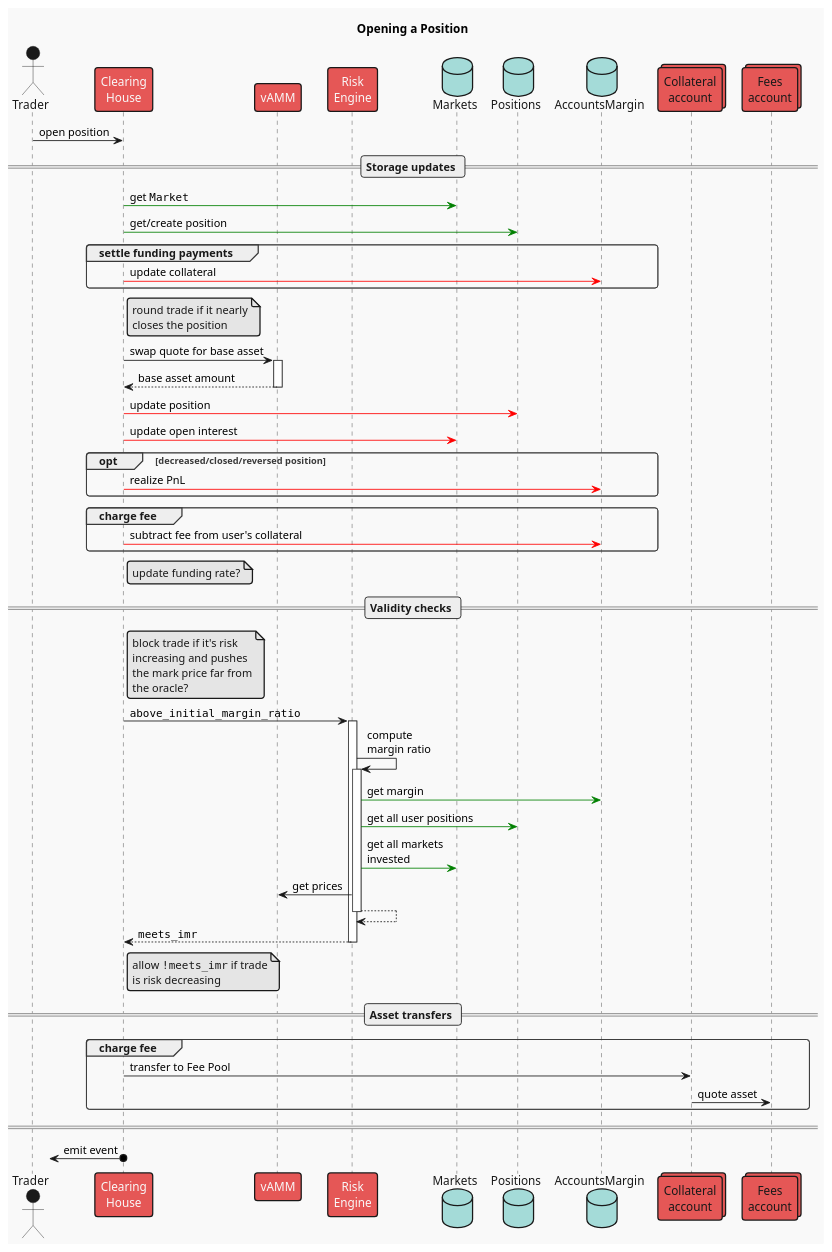
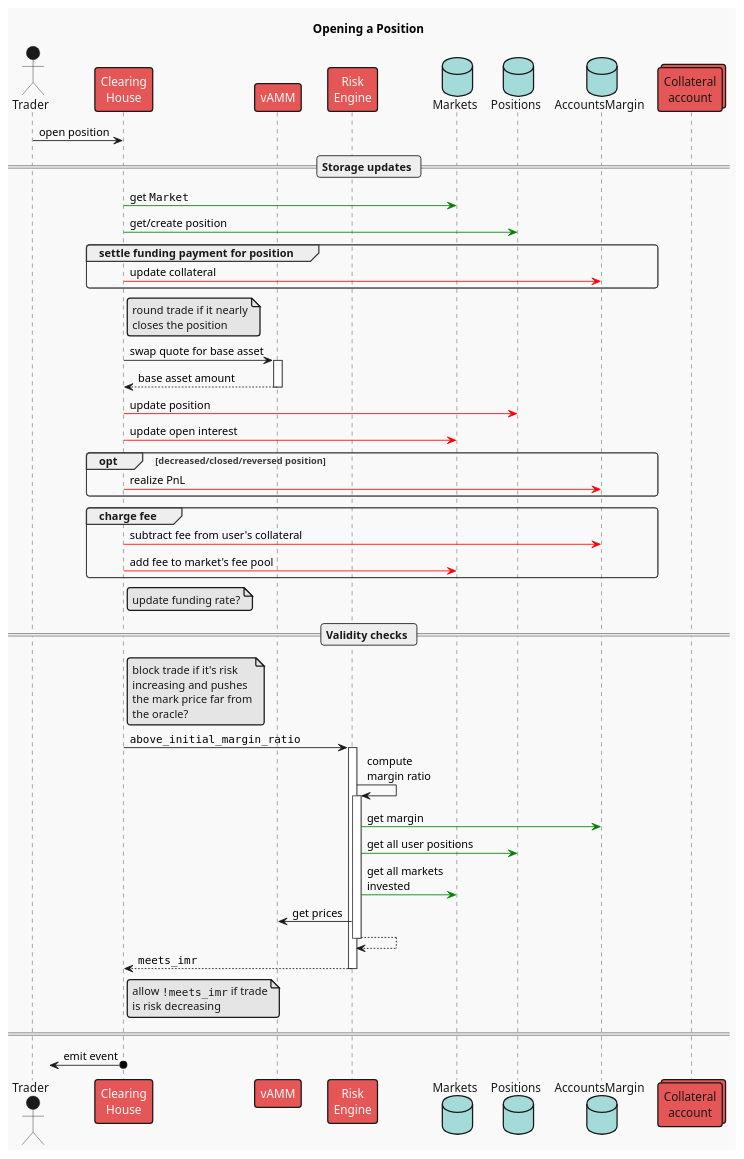
The diagram in frame/clearing-house/diagrams/open-position.plantuml (ComposableFi/composable), drawn with PlantUML before and after one commit.

Commit message:
docs(CH): update open_position seq diagram

```diff
--- a/frame/clearing-house/diagrams/open-position.plantuml
+++ b/frame/clearing-house/diagrams/open-position.plantuml
@@ -1,85 +1,78 @@
 @startuml open_position
 !theme mars
 skinparam responseMessageBelowArrow true
 
 title Opening a Position
 
 actor "Trader" as user
 participant "Clearing\nHouse" as ch
 participant "vAMM" as vamm
 participant "Risk\nEngine" as risk
 database "Markets" as mkts
 database "Positions" as positions
 database "AccountsMargin" as accs
 collections "Collateral\naccount" as vault
-collections "Fees\naccount" as fees
 
 user -> ch : open position
 
 == Storage updates ==
 
 ch -[#green]> mkts : get ""Market""
 ch -[#green]> positions : get/create position
 
-group settle funding payments
+group settle funding payment for position
 ch -[#red]> accs : update collateral
 end
 
 note right ch
 round trade if it nearly
 closes the position
 end note
 ch -> vamm ++ : swap quote for base asset
 return base asset amount
 
 ch -[#red]> positions : update position
 ch -[#red]> mkts : update open interest
 
 
 opt decreased/closed/reversed position
 ch -[#red]> accs : realize PnL
 end
 
 group charge fee
 ch -[#red]> accs : subtract fee from user's collateral
+ch -[#red]> mkts : add fee to market's fee pool
 end
 
 note right ch
 update funding rate?
 end note
 
 == Validity checks ==
 
 note right ch
 block trade if it's risk
 increasing and pushes
 the mark price far from
 the oracle?
 end note
 
 'RiskEngine
 ch -> risk ++: ""above_initial_margin_ratio""
     risk -> risk ++: compute\nmargin ratio
         risk -[#green]> accs : get margin
         risk -[#green]> positions : get all user positions
         risk -[#green]> mkts : get all markets\ninvested
         risk -> vamm : get prices
     return
 return ""meets_imr""
 
 note right ch
 allow ""!meets_imr"" if trade
 is risk decreasing
 end note
 
-== Asset transfers ==
-
-group charge fee
-ch -> vault : transfer to Fee Pool
-vault -> fees : quote asset
-end
-
 ====
 
 ?<-o ch : emit event
 @enduml
```
